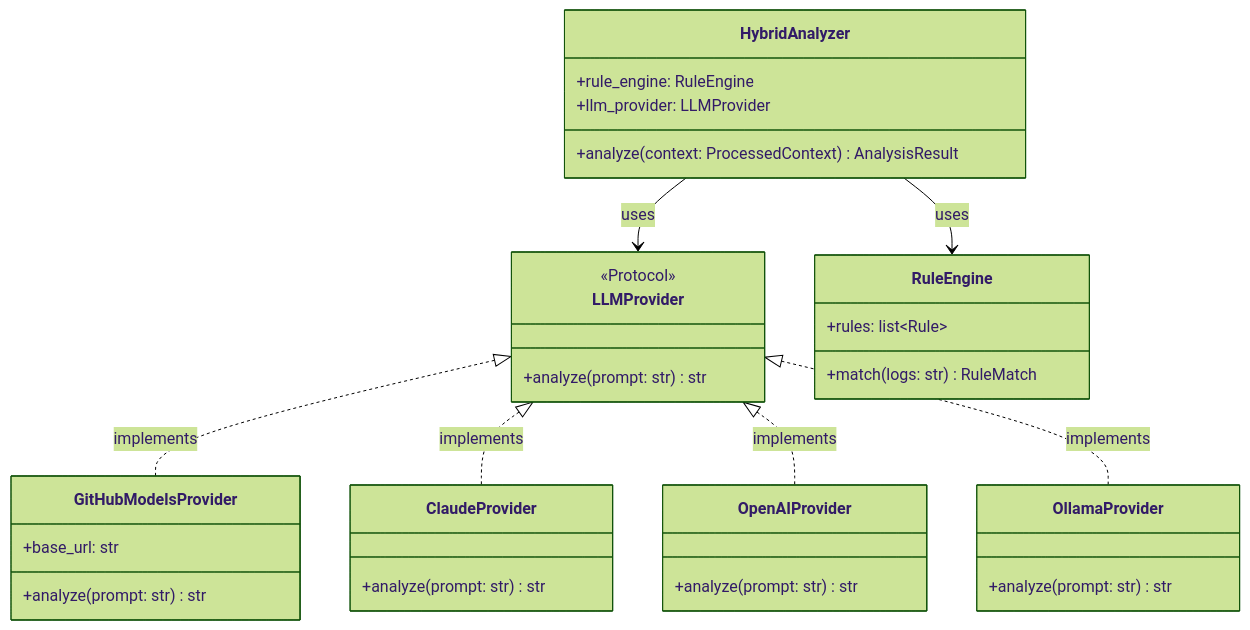
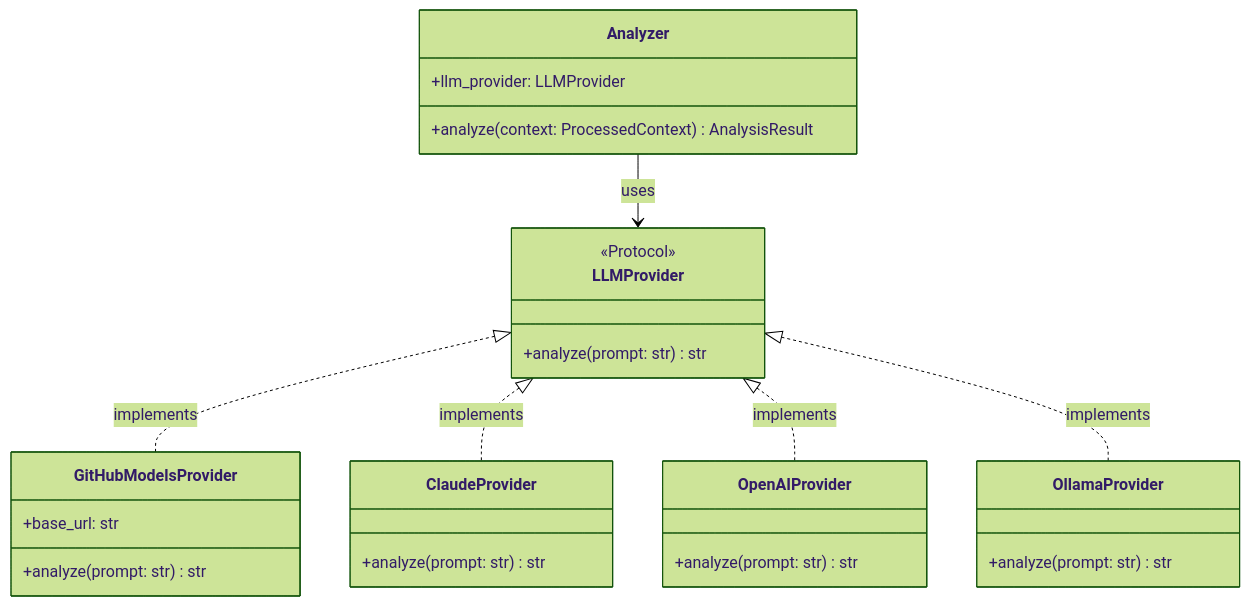
One commit to alihaidar2950/cifi changed the second of 4 diagrams in docs/DD.md. Above: the diagram before and after it, drawn with Mermaid (forest theme). The commit also changed other lines of this file and 18 other files, not shown here.

````diff
--- a/docs/DD.md
+++ b/docs/DD.md
@@ -324,39 +232,32 @@
 ```mermaid
 classDiagram
     class LLMProvider {
         <<Protocol>>
         +analyze(prompt: str) str
     }
     class GitHubModelsProvider {
         +base_url: str
         +analyze(prompt: str) str
     }
     class ClaudeProvider {
         +analyze(prompt: str) str
     }
     class OpenAIProvider {
         +analyze(prompt: str) str
     }
     class OllamaProvider {
         +analyze(prompt: str) str
     }
 
     LLMProvider <|.. GitHubModelsProvider : implements
     LLMProvider <|.. ClaudeProvider : implements
     LLMProvider <|.. OpenAIProvider : implements
     LLMProvider <|.. OllamaProvider : implements
 
-    class HybridAnalyzer {
-        +rule_engine: RuleEngine
+    class Analyzer {
         +llm_provider: LLMProvider
         +analyze(context: ProcessedContext) AnalysisResult
     }
 
-    HybridAnalyzer --> LLMProvider : uses
-    HybridAnalyzer --> RuleEngine : uses
-
-    class RuleEngine {
-        +rules: list~Rule~
-        +match(logs: str) RuleMatch
-    }
+    Analyzer --> LLMProvider : uses
 ```
````
